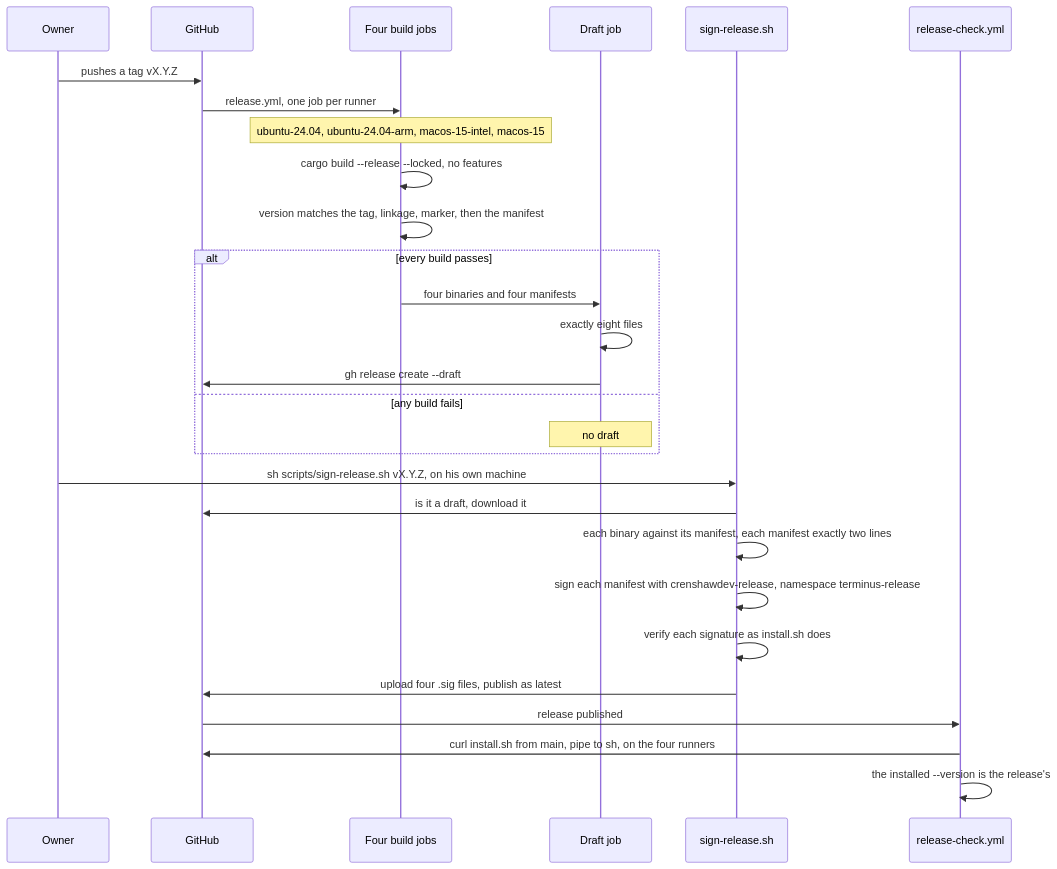
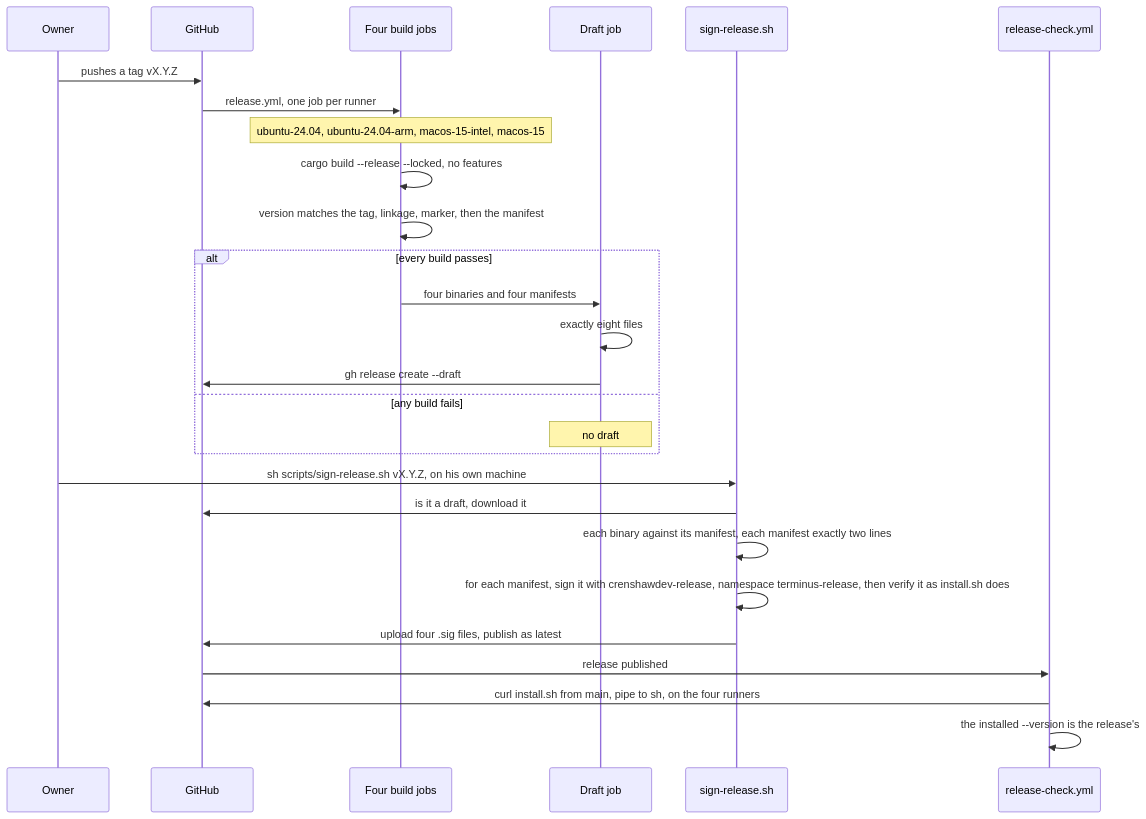
Before and after one commit to jcrenshaw-dev/terminus: the first of 2 diagrams in docs/design/0008-install-and-release.md, drawn with Mermaid. The commit also changed other lines of this file and 15 other files, not shown here.

````diff
--- a/docs/design/0008-install-and-release.md
+++ b/docs/design/0008-install-and-release.md
@@ -124,30 +124,29 @@
 ```mermaid
 sequenceDiagram
   participant O as Owner
   participant GH as GitHub
   participant B as Four build jobs
   participant D as Draft job
   participant S as sign-release.sh
   participant RC as release-check.yml
   O->>GH: pushes a tag vX.Y.Z
   GH->>B: release.yml, one job per runner
   Note over B: ubuntu-24.04, ubuntu-24.04-arm, macos-15-intel, macos-15
   B->>B: cargo build --release --locked, no features
   B->>B: version matches the tag, linkage, marker, then the manifest
   alt every build passes
     B->>D: four binaries and four manifests
     D->>D: exactly eight files
     D->>GH: gh release create --draft
   else any build fails
     Note over D: no draft
   end
   O->>S: sh scripts/sign-release.sh vX.Y.Z, on his own machine
   S->>GH: is it a draft, download it
   S->>S: each binary against its manifest, each manifest exactly two lines
-  S->>S: sign each manifest with crenshawdev-release, namespace terminus-release
-  S->>S: verify each signature as install.sh does
+  S->>S: for each manifest, sign it with crenshawdev-release, namespace terminus-release, then verify it as install.sh does
   S->>GH: upload four .sig files, publish as latest
   GH->>RC: release published
   RC->>GH: curl install.sh from main, pipe to sh, on the four runners
   RC->>RC: the installed --version is the release's
 ```
````
